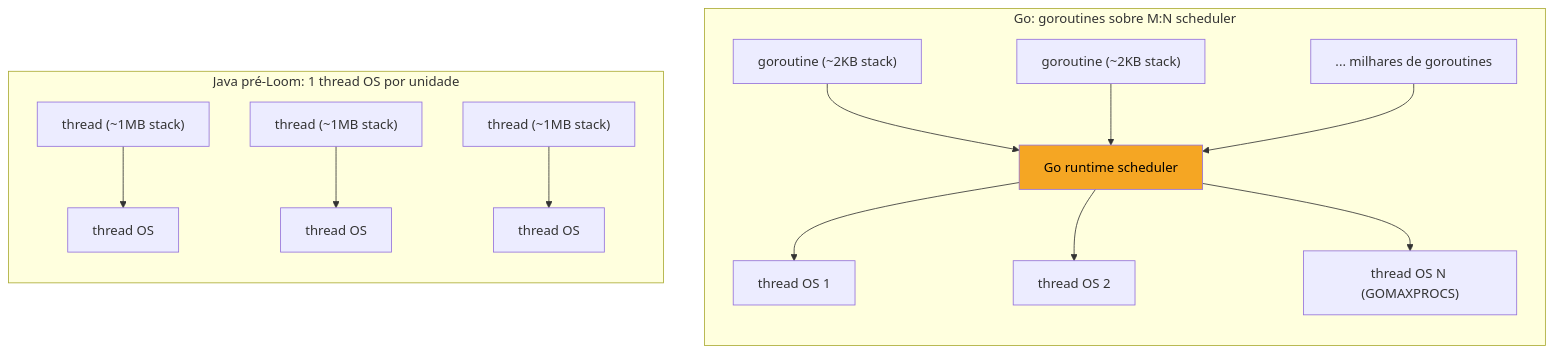
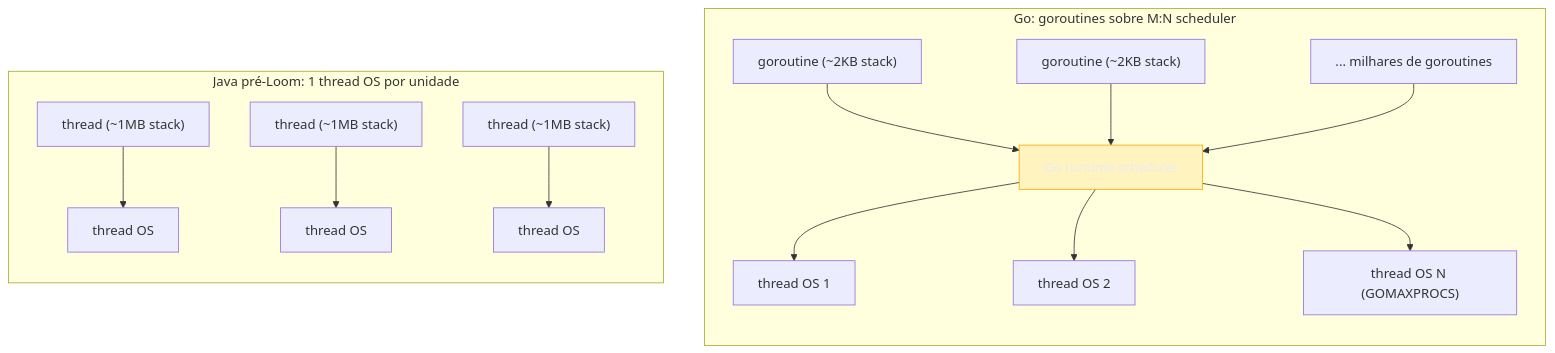
One commit to josenaldo/codex-technomanticus changed the first of 2 diagrams in 03-Dominios/Tecnologia/Go/21 - Preparação para entrevista de Go/06 - System design com Go.md. Above: the diagram before and after it, drawn with Mermaid. The commit also changed other lines of this file and 1181 other files, not shown here.

First line of the commit message:
fix(diagramas): paleta do sistema no lugar de cor cravada no markdown

````diff
--- a/03-Dominios/Tecnologia/Go/21 - Preparação para entrevista de Go/06 - System design com Go.md
+++ b/03-Dominios/Tecnologia/Go/21 - Preparação para entrevista de Go/06 - System design com Go.md
@@ -34,21 +34,22 @@
 ```mermaid
 flowchart TB
+    classDef destaque fill:#FFAA0024,stroke:#FFAA00,color:#E9ECF2
     subgraph Go["Go: goroutines sobre M:N scheduler"]
         direction TB
         G1["goroutine (~2KB stack)"] --> GR["Go runtime scheduler"]
         G2["goroutine (~2KB stack)"] --> GR
         G3["... milhares de goroutines"] --> GR
         GR --> OS1["thread OS 1"]
         GR --> OS2["thread OS 2"]
         GR --> OS3["thread OS N (GOMAXPROCS)"]
     end
 
     subgraph Java["Java pré-Loom: 1 thread OS por unidade"]
         direction TB
         J1["thread (~1MB stack)"] --> JOS1["thread OS"]
         J2["thread (~1MB stack)"] --> JOS2["thread OS"]
         J3["thread (~1MB stack)"] --> JOS3["thread OS"]
     end
 
-    style GR fill:#F5A623,color:#000
+    class GR destaque
 ```
````
